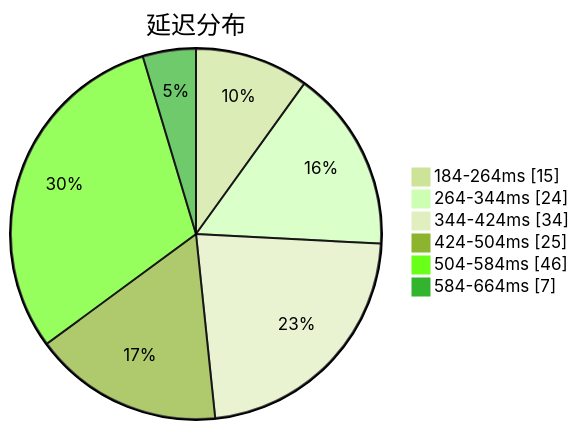
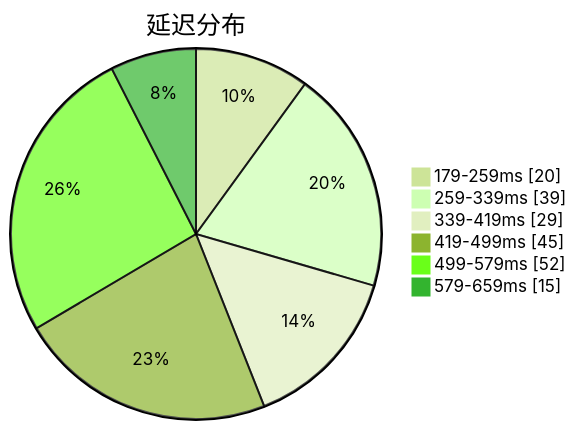
Before and after one commit to qjlxg/airport: the first of 3 diagrams in subs/statistics/tested_within.md, drawn with Mermaid (forest theme). The commit also changed other lines of this file and 2 other files, not shown here.

````diff
--- a/subs/statistics/tested_within.md
+++ b/subs/statistics/tested_within.md
@@ -2,10 +2,10 @@
 ```mermaid
 pie showData
 title 延迟分布
-"184-264ms" : 15
-"264-344ms" : 24
-"344-424ms" : 34
-"424-504ms" : 25
-"504-584ms" : 46
-"584-664ms" : 7
+"179-259ms" : 20
+"259-339ms" : 39
+"339-419ms" : 29
+"419-499ms" : 45
+"499-579ms" : 52
+"579-659ms" : 15
 ```
````
